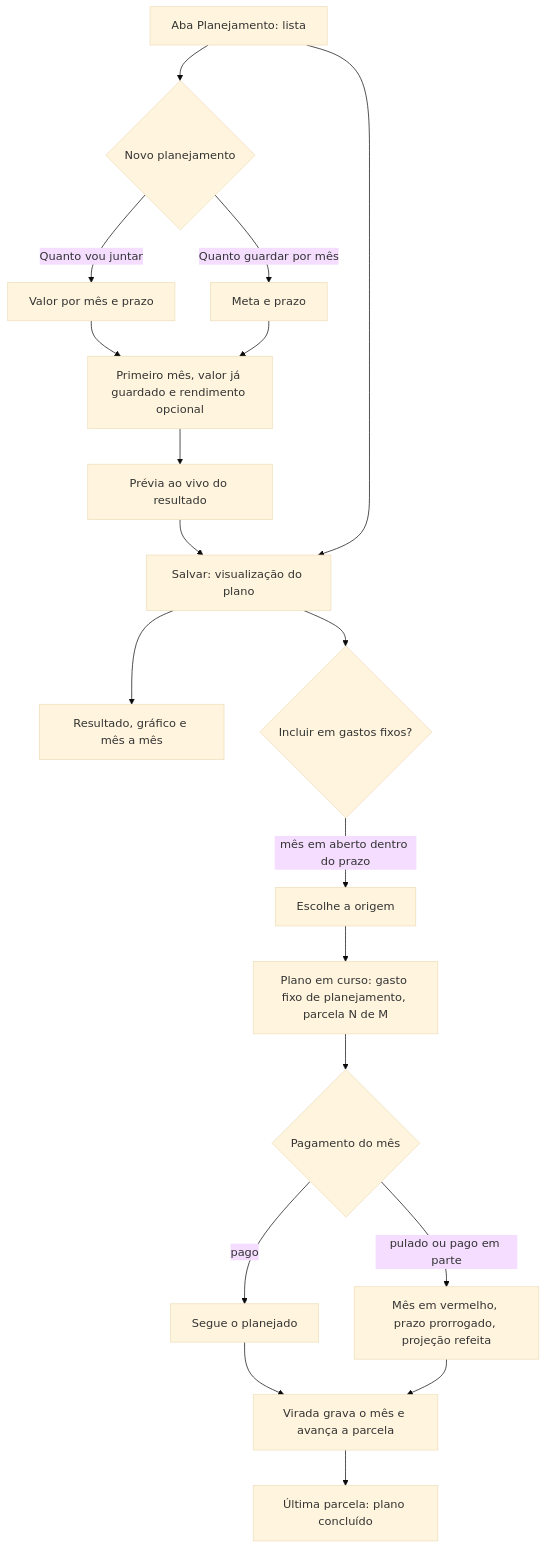
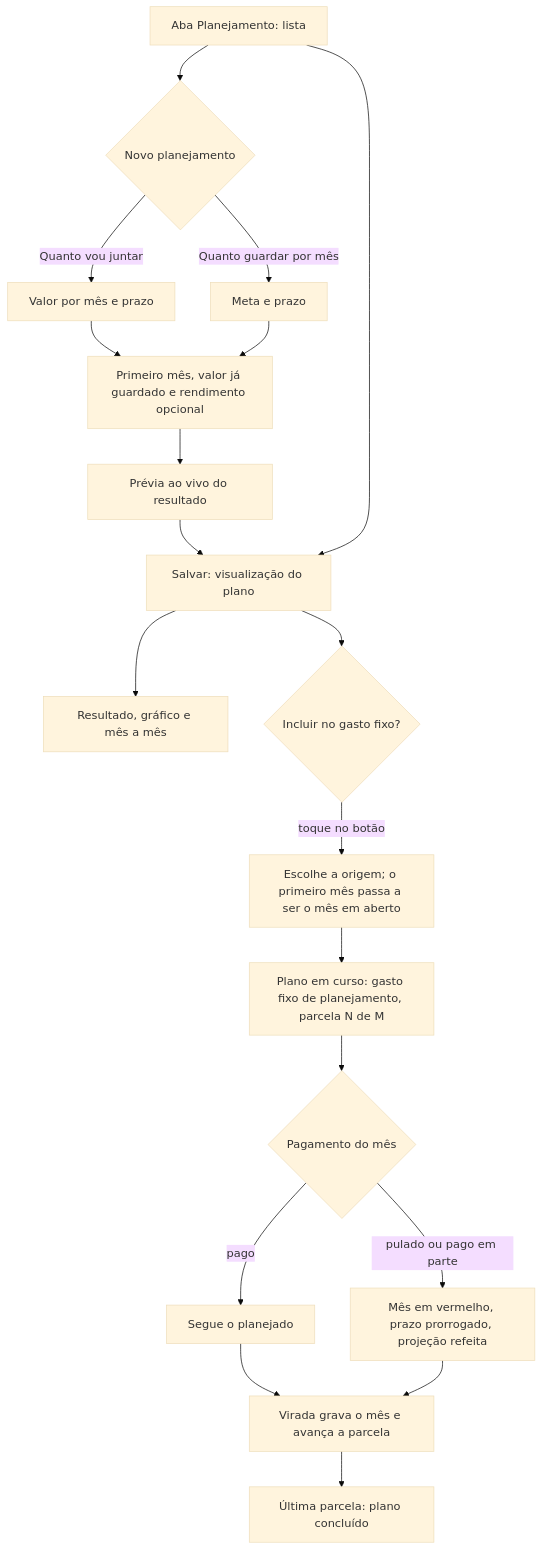
One commit to RuanPS01/cash-organizer-web changed the third of 3 diagrams in docs/07-fluxos-aplicacao.md. Above: the diagram before and after it, drawn with Mermaid (base theme). The commit also changed other lines of this file and 8 other files, not shown here.

First line of the commit message:
fix: botão "Incluir no gasto fixo" sempre disponível

````diff
--- a/docs/07-fluxos-aplicacao.md
+++ b/docs/07-fluxos-aplicacao.md
@@ -306,21 +306,21 @@
 ```mermaid
 flowchart TD
   A["Aba Planejamento: lista"] --> B{"Novo planejamento"}
   B -- "Quanto vou juntar" --> C["Valor por mês e prazo"]
   B -- "Quanto guardar por mês" --> D["Meta e prazo"]
   C --> E["Primeiro mês, valor já guardado e rendimento opcional"]
   D --> E
   E --> F["Prévia ao vivo do resultado"]
   F --> G["Salvar: visualização do plano"]
   A --> G
   G --> H["Resultado, gráfico e mês a mês"]
-  G --> I{"Incluir em gastos fixos?"}
-  I -- "mês em aberto dentro do prazo" --> J["Escolhe a origem"]
+  G --> I{"Incluir no gasto fixo?"}
+  I -- "toque no botão" --> J["Escolhe a origem; o primeiro mês passa a ser o mês em aberto"]
   J --> K["Plano em curso: gasto fixo de planejamento, parcela N de M"]
   K --> M{"Pagamento do mês"}
   M -- "pago" --> N["Segue o planejado"]
   M -- "pulado ou pago em parte" --> O["Mês em vermelho, prazo prorrogado, projeção refeita"]
   N --> L["Virada grava o mês e avança a parcela"]
   O --> L
   L --> P["Última parcela: plano concluído"]
 ```
````
